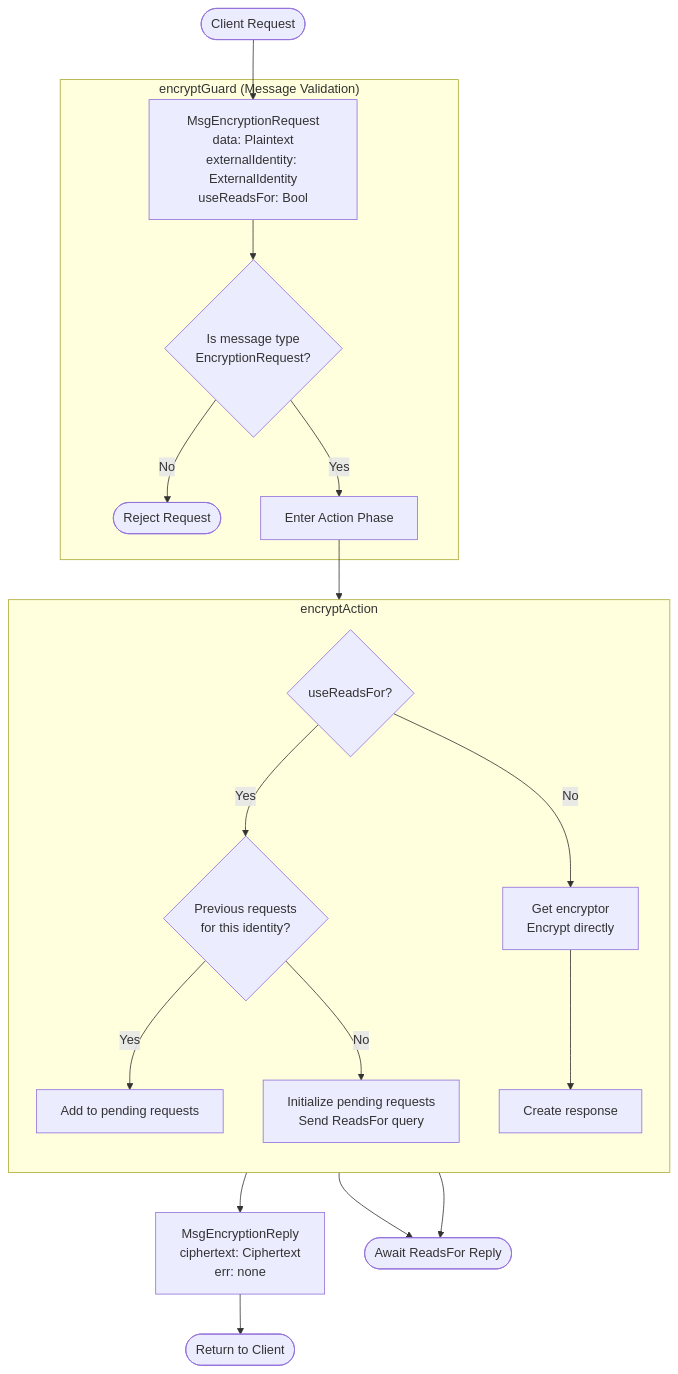
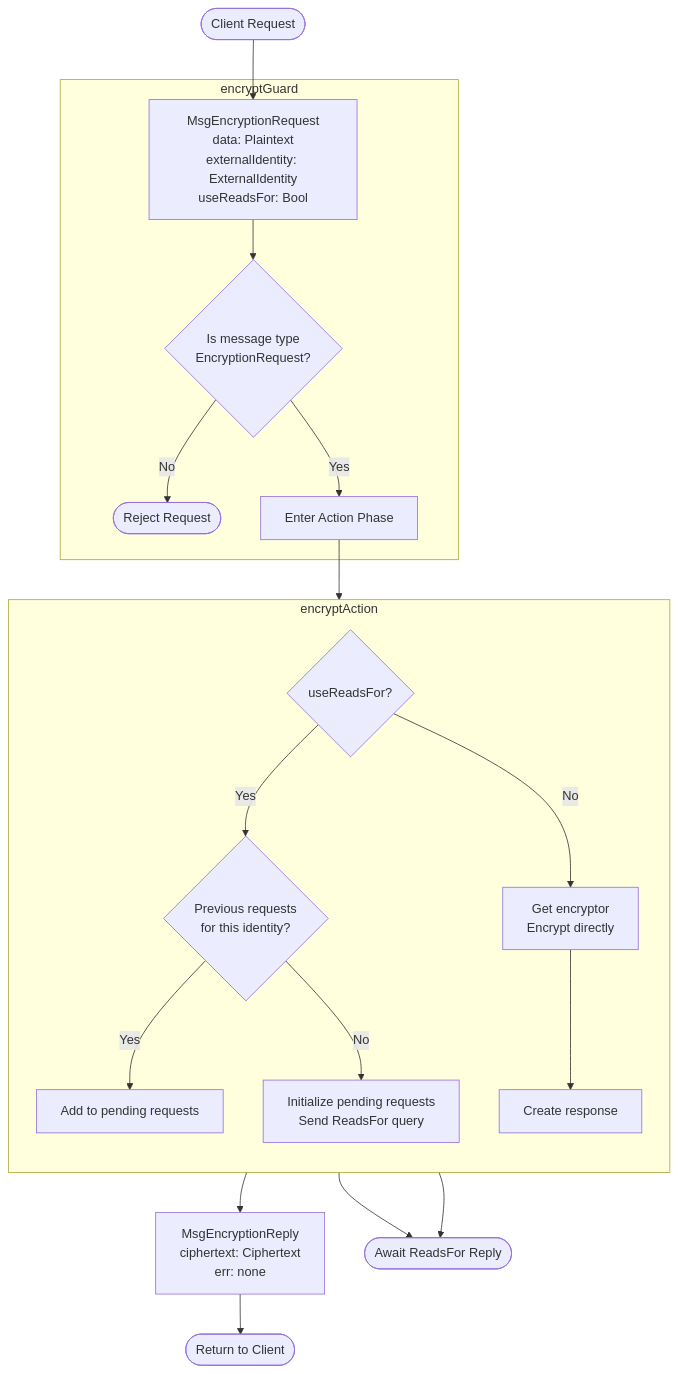
The first of 2 diagrams in docs/arch/node/engines/encryption_behaviour.juvix.md (anoma/nspec), drawn with Mermaid before and after one commit. The commit also changed other lines of this file and 2 other files, not shown here.

````diff
--- a/docs/arch/node/engines/encryption_behaviour.juvix.md
+++ b/docs/arch/node/engines/encryption_behaviour.juvix.md
@@ -43,26 +43,26 @@
 ```mermaid
 flowchart TD
     Start([Client Request]) --> MsgReq[MsgEncryptionRequest<br/>data: Plaintext<br/>externalIdentity: ExternalIdentity<br/>useReadsFor: Bool]
 
-    subgraph Guard["encryptGuard (Message Validation)"]
+    subgraph Guard["encryptGuard"]
         MsgReq --> ValidType{Is message type<br/>EncryptionRequest?}
         ValidType -->|No| Reject([Reject Request])
         ValidType -->|Yes| ActionEntry[Enter Action Phase]
     end
 
     ActionEntry --> Action
 
     subgraph Action["encryptAction"]
         direction TB
         CheckReadsFor{useReadsFor?}
         CheckReadsFor -->|No| DirectPath[Get encryptor<br/>Encrypt directly]
         CheckReadsFor -->|Yes| CheckPending{Previous requests<br/>for this identity?}
         CheckPending -->|Yes| Queue[Add to pending requests]
         CheckPending -->|No| Init[Initialize pending requests<br/>Send ReadsFor query]
         DirectPath --> CreateResp[Create response]
     end
 
     CreateResp --> DirectResponse[MsgEncryptionReply<br/>ciphertext: Ciphertext<br/>err: none]
     Queue & Init --> Wait([Await ReadsFor Reply])
     DirectResponse --> Client([Return to Client])
 ```
````
